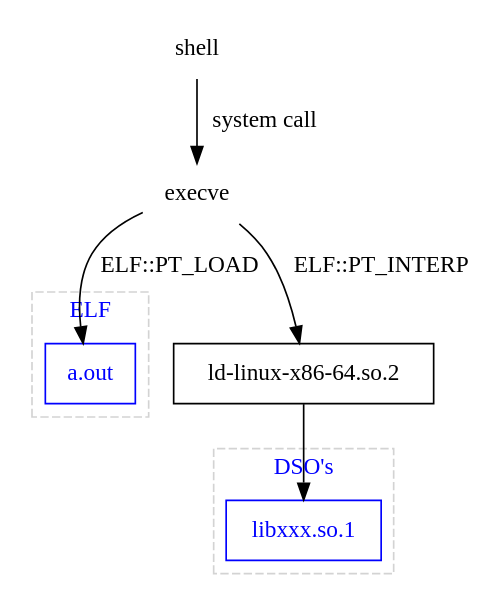
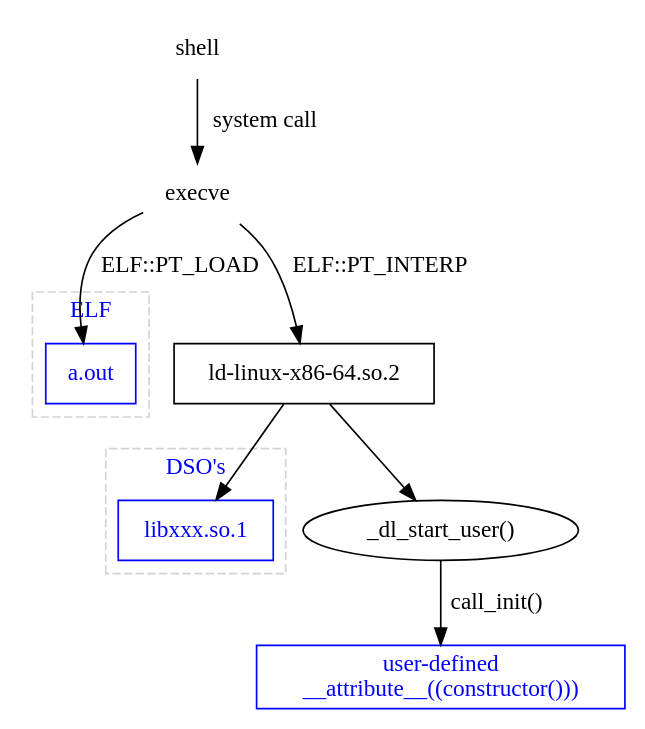
One commit to lucmann/lucmann.github.io changed the diagram in source/images/build/execve.dot. Above: the diagram before and after it, drawn with Graphviz. The commit also changed 1 other file, not shown here.

Commit message:
build: ld-linux-x86-64.so call user-defined construtor

```diff
--- a/source/images/build/execve.dot
+++ b/source/images/build/execve.dot
@@ -1,32 +1,37 @@
 digraph G {
     {node [shape=plaintext] "shell"};
     {node [shape=plaintext] "execve"};
     subgraph cluster_elf {
         label="ELF";
         fontcolor=blue;
         style=dashed;
         color=lightgrey;
         node [color=blue, fontcolor=blue];
         edge [color=blue, fontcolor=blue];
 
         {node [shape=box, label="a.out"] "Executable"};
     }
 
     {node [shape=box, label="ld-linux-x86-64.so.2"] "Interpreter"};
 
     subgraph cluster_dso {
         label="DSO's";
         fontcolor=blue;
         style=dashed;
         color=lightgrey;
         node [color=blue, fontcolor=blue];
         edge [color=blue, fontcolor=blue];
 
         {node [shape=box, label="libxxx.so.1"] "dso_1"};
     }
 
+    user_ctor [shape=box, label="user-defined\n__attribute__((constructor()))",
+               color=blue, fontcolor=blue];
+
     "shell" -> "execve" [label="system call"];
     "execve" -> "Executable" [label="ELF::PT_LOAD"];
     "execve" -> "Interpreter" [label="ELF::PT_INTERP"];
+    "Interpreter" -> "_dl_start_user()";
+    "_dl_start_user()" -> user_ctor [label="call_init()"];
     "Interpreter" -> "dso_1";
 }
```
